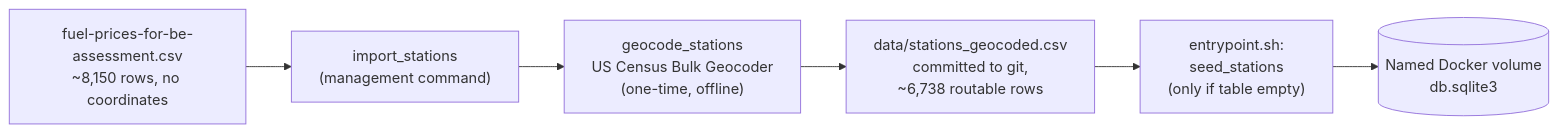
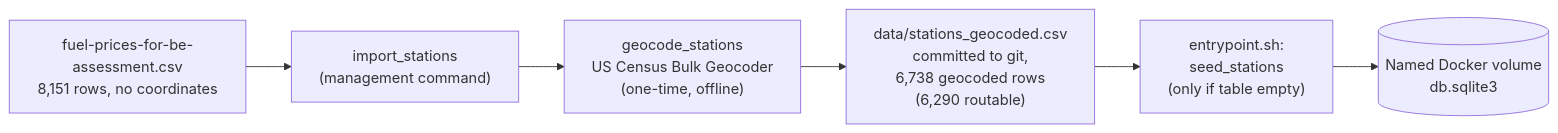
Before and after one commit to jadrianports/tankwise: the second of 2 diagrams in README.md, drawn with Mermaid. The commit also changed other lines of this file, not shown here.

````diff
--- a/README.md
+++ b/README.md
@@ -70,11 +83,11 @@
 ```mermaid
 flowchart LR
-    RawCSV["fuel-prices-for-be-assessment.csv<br/>~8,150 rows, no coordinates"]
+    RawCSV["fuel-prices-for-be-assessment.csv<br/>8,151 rows, no coordinates"]
     Import["import_stations<br/>(management command)"]
     Census["geocode_stations<br/>US Census Bulk Geocoder<br/>(one-time, offline)"]
-    Committed["data/stations_geocoded.csv<br/>committed to git,<br/>~6,738 routable rows"]
+    Committed["data/stations_geocoded.csv<br/>committed to git,<br/>6,738 geocoded rows<br/>(6,290 routable)"]
     Seed["entrypoint.sh:<br/>seed_stations<br/>(only if table empty)"]
     Volume[("Named Docker volume<br/>db.sqlite3")]
 
     RawCSV --> Import --> Census --> Committed --> Seed --> Volume
 ```
````
